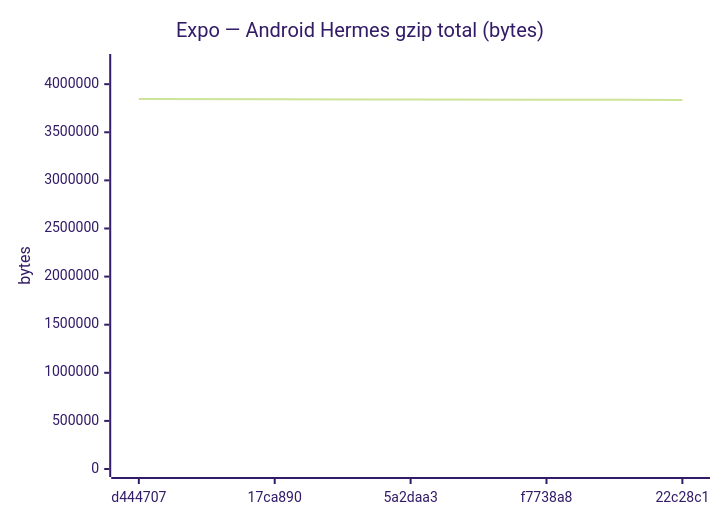
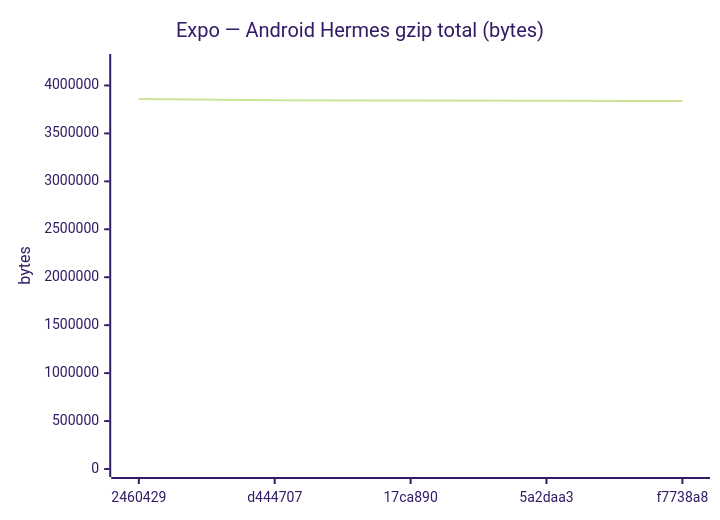
One commit to Metaheurist/Rianell changed diagram 11 of 18 in benchmarks/compare.md. Above: the diagram before and after it, drawn with Mermaid (forest theme). The commit also changed other lines of this file and 11 other files, not shown here.

````diff
--- a/benchmarks/compare.md
+++ b/benchmarks/compare.md
@@ -172,7 +172,7 @@
 ```mermaid
 xychart-beta
     title "Expo — Android Hermes gzip total (bytes)"
-    x-axis ["d444707", "17ca890", "5a2daa3", "f7738a8", "22c28c1"]
-    y-axis "bytes" 0 --> 4230496
-    line [3845905, 3843474, 3841087, 3837618, 3836645]
+    x-axis ["2460429", "d444707", "17ca890", "5a2daa3", "f7738a8"]
+    y-axis "bytes" 0 --> 4244641
+    line [3858764, 3845905, 3843474, 3841087, 3837618]
 ```
````
